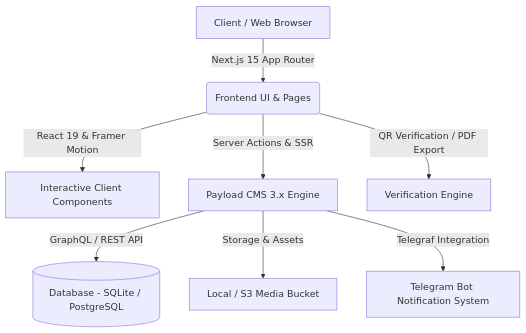
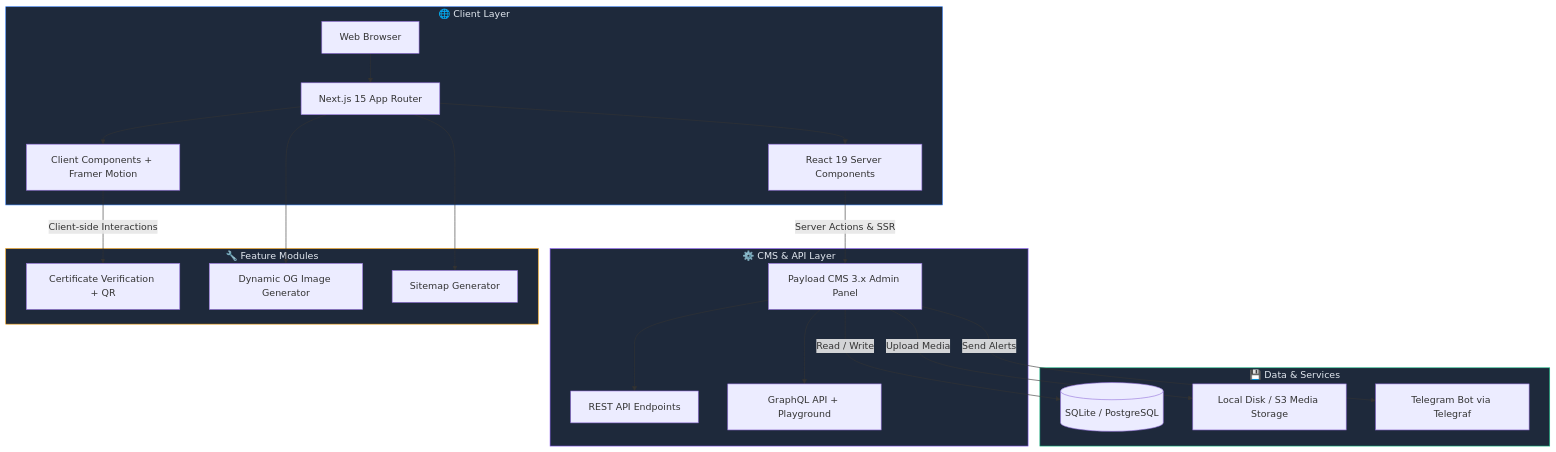
One commit to itsmeaj27/codingclub changed the diagram in README.md. Above: the diagram before and after it, drawn with Mermaid. The commit also changed other lines of this file, not shown here.

Commit message:
docs: premium README overhaul with animated banner, architecture diagram, admin CMS guide, and footer wave

````diff
--- a/README.md
+++ b/README.md
@@ -86,10 +184,41 @@
 ```mermaid
-graph TD
-    A[Client / Web Browser] -->|Next.js 15 App Router| B(Frontend UI & Pages)
-    B -->|React 19 & Framer Motion| C[Interactive Client Components]
-    B -->|Server Actions & SSR| D[Payload CMS 3.x Engine]
-    D -->|GraphQL / REST API| E[(Database - SQLite / PostgreSQL)]
-    D -->|Storage & Assets| F[Local / S3 Media Bucket]
-    D -->|Telegraf Integration| G[Telegram Bot Notification System]
-    B -->|QR Verification / PDF Export| H[Verification Engine]
+graph TB
+    subgraph CLIENT["🌐 Client Layer"]
+        A[Web Browser] --> B[Next.js 15 App Router]
+        B --> C[React 19 Server Components]
+        B --> D[Client Components + Framer Motion]
+    end
+
+    subgraph CMS["⚙️ CMS & API Layer"]
+        E[Payload CMS 3.x Admin Panel]
+        F[REST API Endpoints]
+        G[GraphQL API + Playground]
+    end
+
+    subgraph DATA["💾 Data & Services"]
+        H[(SQLite / PostgreSQL)]
+        I[Local Disk / S3 Media Storage]
+        J[Telegram Bot via Telegraf]
+    end
+
+    subgraph FEATURES["🔧 Feature Modules"]
+        K[Certificate Verification + QR]
+        L[Dynamic OG Image Generator]
+        M[Sitemap Generator]
+    end
+
+    C -->|Server Actions & SSR| E
+    D -->|Client-side Interactions| K
+    E --> F
+    E --> G
+    E -->|Read / Write| H
+    E -->|Upload Media| I
+    E -->|Send Alerts| J
+    B --> L
+    B --> M
+
+    style CLIENT fill:#1e293b,stroke:#3b82f6,color:#e2e8f0
+    style CMS fill:#1e293b,stroke:#8b5cf6,color:#e2e8f0
+    style DATA fill:#1e293b,stroke:#10b981,color:#e2e8f0
+    style FEATURES fill:#1e293b,stroke:#f59e0b,color:#e2e8f0
 ```
````
